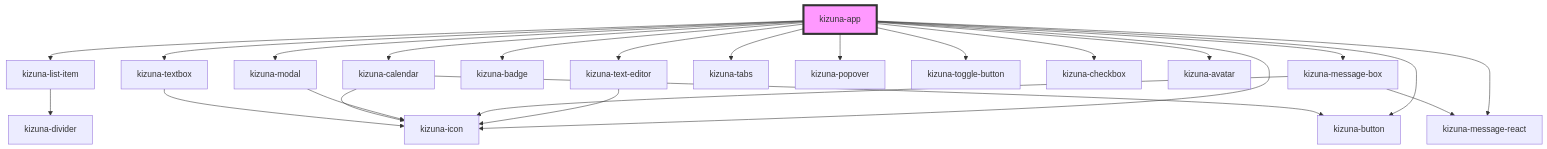
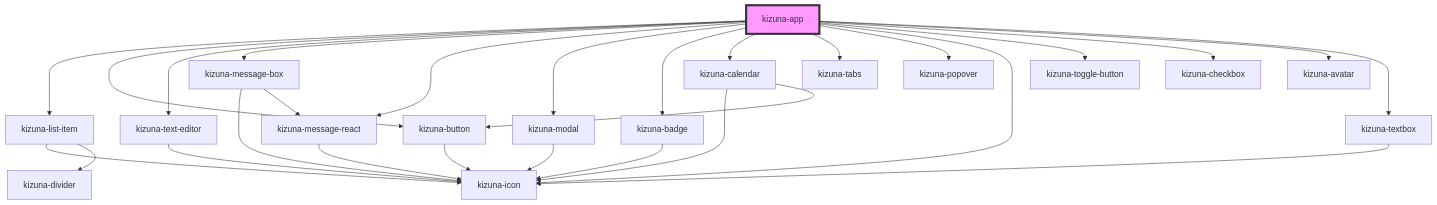
One commit to hc-institute-japan/kizunakit changed the diagram in kizuna-design-kit/src/components/App/readme.md. Above: the diagram before and after it, drawn with Mermaid. The commit also changed 8 other files, not shown here.

````diff
--- a/kizuna-design-kit/src/components/App/readme.md
+++ b/kizuna-design-kit/src/components/App/readme.md
@@ -29,27 +29,31 @@
 ```mermaid
 graph TD;
-  kizuna-app --> kizuna-icon
   kizuna-app --> kizuna-list-item
   kizuna-app --> kizuna-button
   kizuna-app --> kizuna-text-editor
   kizuna-app --> kizuna-message-box
   kizuna-app --> kizuna-message-react
   kizuna-app --> kizuna-modal
   kizuna-app --> kizuna-badge
   kizuna-app --> kizuna-calendar
   kizuna-app --> kizuna-tabs
   kizuna-app --> kizuna-popover
+  kizuna-app --> kizuna-icon
   kizuna-app --> kizuna-toggle-button
   kizuna-app --> kizuna-checkbox
   kizuna-app --> kizuna-avatar
   kizuna-app --> kizuna-textbox
+  kizuna-list-item --> kizuna-icon
   kizuna-list-item --> kizuna-divider
+  kizuna-button --> kizuna-icon
   kizuna-text-editor --> kizuna-icon
   kizuna-message-box --> kizuna-icon
   kizuna-message-box --> kizuna-message-react
+  kizuna-message-react --> kizuna-icon
   kizuna-modal --> kizuna-icon
+  kizuna-badge --> kizuna-icon
   kizuna-calendar --> kizuna-icon
   kizuna-calendar --> kizuna-button
   kizuna-textbox --> kizuna-icon
   style kizuna-app fill:#f9f,stroke:#333,stroke-width:4px
 ```
````
